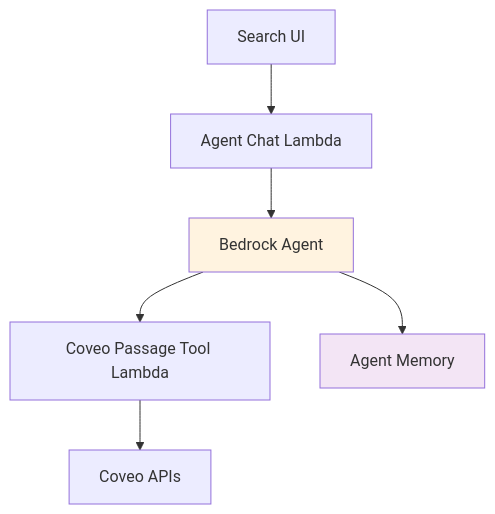
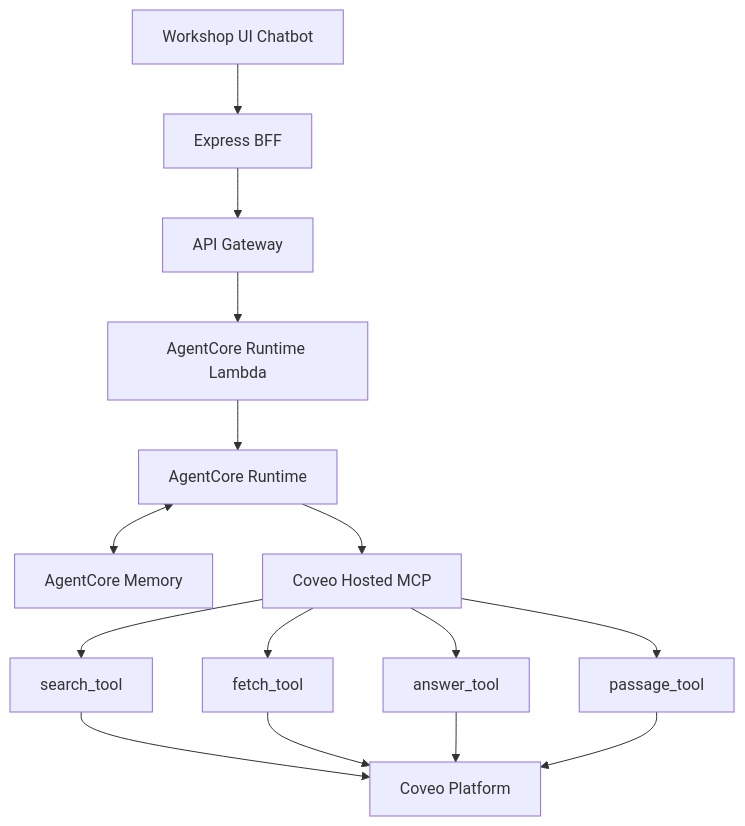
The third of 5 diagrams in mkdocs-workshop/docs/resources/diagrams.md (kpullagu/aws-coveo-workshop-stackset), drawn with Mermaid before and after one commit. The commit also changed other lines of this file and 98 other files, not shown here.

First line of the commit message:
Workshop refresh: AgentCore + Hosted MCP chatbot, native Coveo Search Agent UI, and updated docs

````diff
--- a/mkdocs-workshop/docs/resources/diagrams.md
+++ b/mkdocs-workshop/docs/resources/diagrams.md
@@ -56,11 +57,17 @@
 ```mermaid
 graph TB
-    UI[Search UI] --> Lambda[Agent Chat Lambda]
-    Lambda --> Agent[Bedrock Agent]
-    Agent --> Tool[Coveo Passage Tool Lambda]
-    Tool --> Coveo[Coveo APIs]
-    Agent --> Memory[Agent Memory]
-    
-    style Agent fill:#fff3e0
-    style Memory fill:#f3e5f5
+    UI[Workshop UI Chatbot] --> BFF[Express BFF]
+    BFF --> API[API Gateway]
+    API --> Lambda[AgentCore Runtime Lambda]
+    Lambda --> Runtime[AgentCore Runtime]
+    Runtime <--> Memory[AgentCore Memory]
+    Runtime --> MCP[Coveo Hosted MCP]
+    MCP --> Search[search_tool]
+    MCP --> Fetch[fetch_tool]
+    MCP --> Answer[answer_tool]
+    MCP --> Passage[passage_tool]
+    Search --> Coveo[Coveo Platform]
+    Fetch --> Coveo
+    Answer --> Coveo
+    Passage --> Coveo
 ```
````
